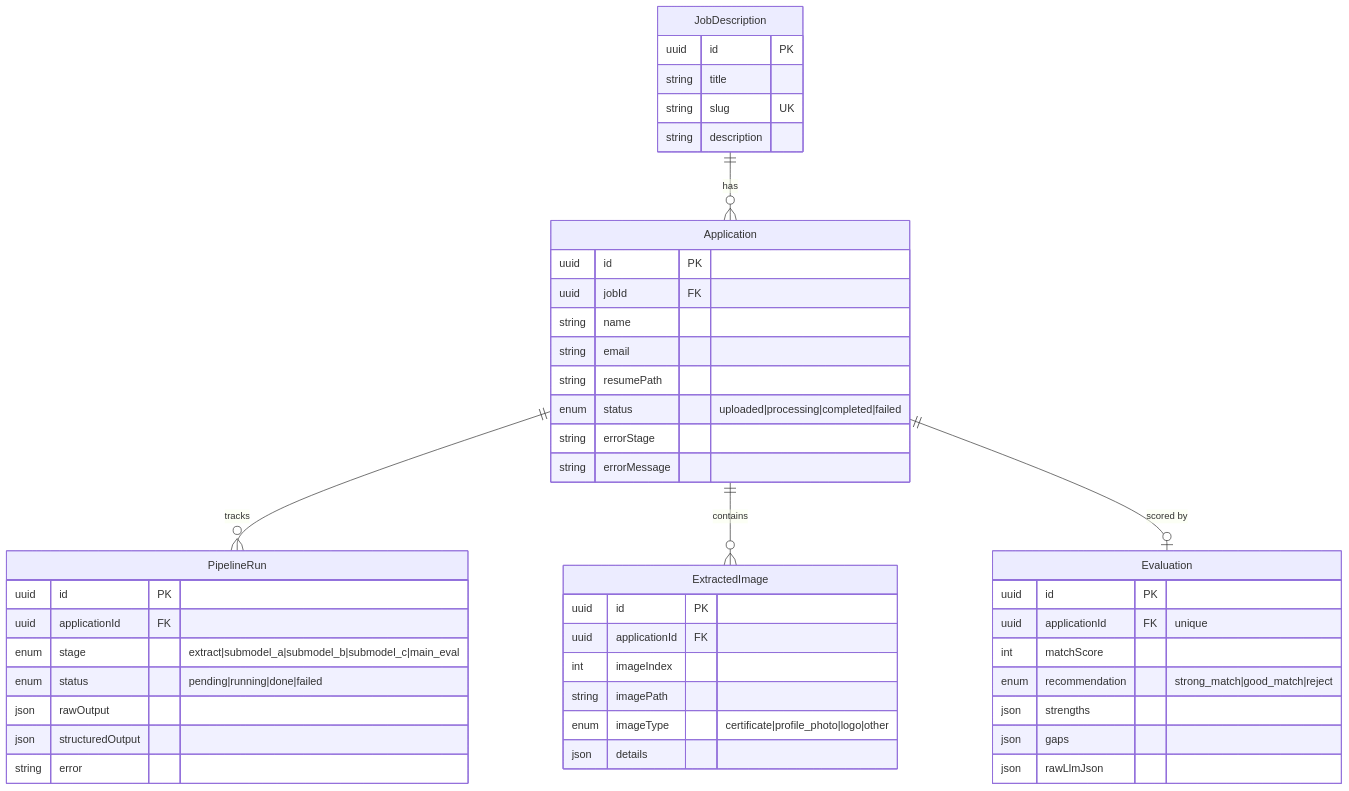
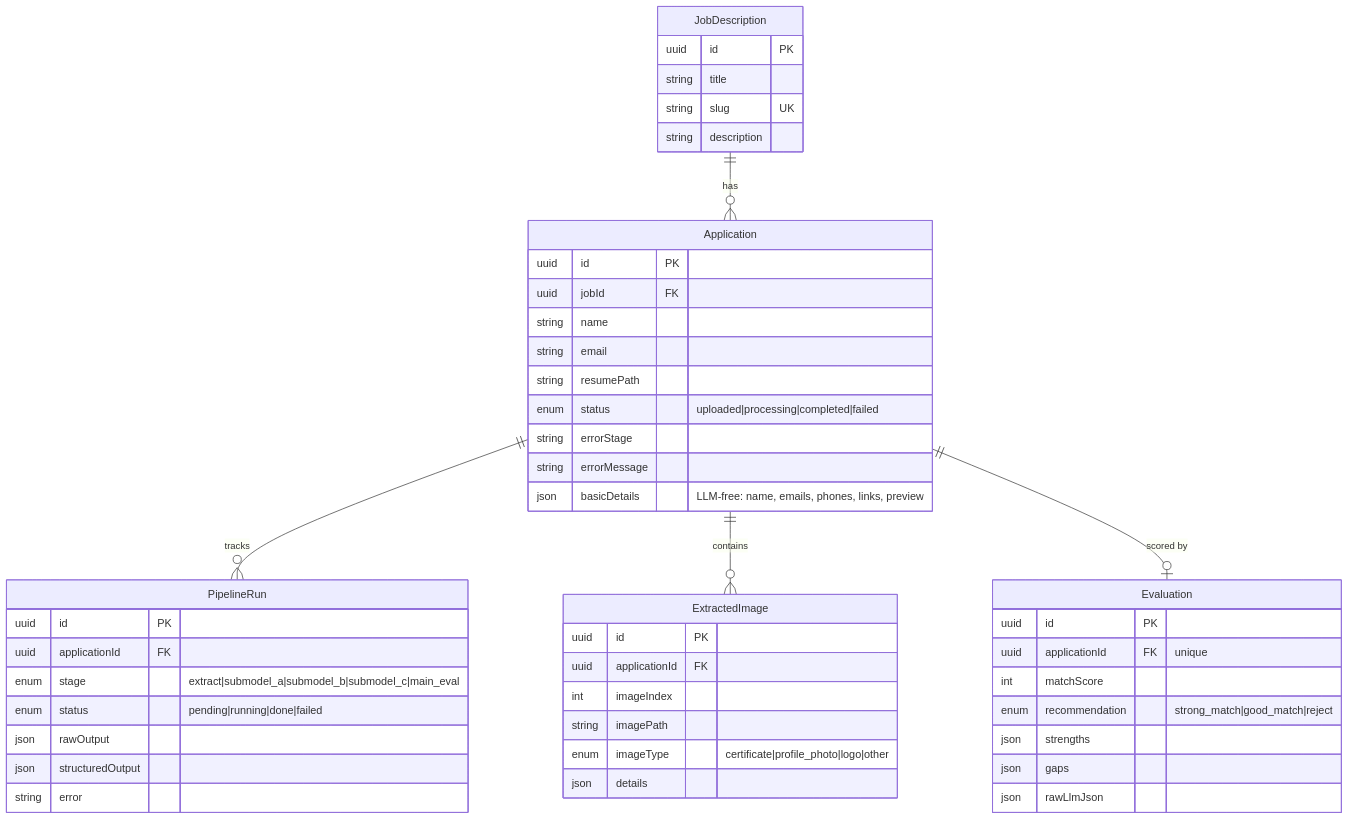
The fifth of 5 diagrams in docs/ARCHITECTURE.md (Lalit-001/ats-scorer), drawn with Mermaid before and after one commit. The commit also changed other lines of this file and 1 other file, not shown here.

Commit message:
docs: reflect Sequelize and basic-details-before-LLM in diagrams

````diff
--- a/docs/ARCHITECTURE.md
+++ b/docs/ARCHITECTURE.md
@@ -163,50 +164,51 @@
 ```mermaid
 erDiagram
   JobDescription ||--o{ Application : "has"
   Application ||--o{ PipelineRun : "tracks"
   Application ||--o{ ExtractedImage : "contains"
   Application ||--o| Evaluation : "scored by"
 
   JobDescription {
     uuid id PK
     string title
     string slug UK
     string description
   }
   Application {
     uuid id PK
     uuid jobId FK
     string name
     string email
     string resumePath
     enum status "uploaded|processing|completed|failed"
     string errorStage
     string errorMessage
+    json basicDetails "LLM-free: name, emails, phones, links, preview"
   }
   PipelineRun {
     uuid id PK
     uuid applicationId FK
     enum stage "extract|submodel_a|submodel_b|submodel_c|main_eval"
     enum status "pending|running|done|failed"
     json rawOutput
     json structuredOutput
     string error
   }
   ExtractedImage {
     uuid id PK
     uuid applicationId FK
     int imageIndex
     string imagePath
     enum imageType "certificate|profile_photo|logo|other"
     json details
   }
   Evaluation {
     uuid id PK
     uuid applicationId FK "unique"
     int matchScore
     enum recommendation "strong_match|good_match|reject"
     json strengths
     json gaps
     json rawLlmJson
   }
 ```
````
